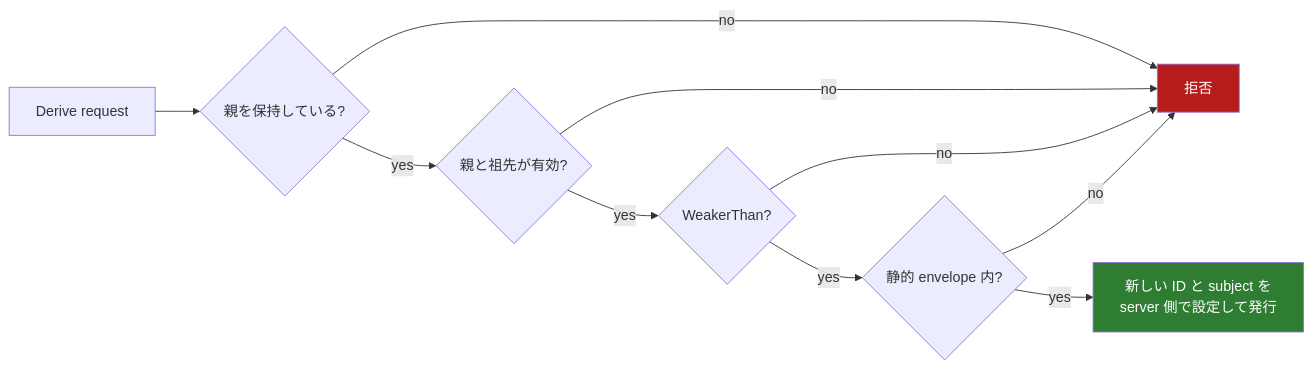
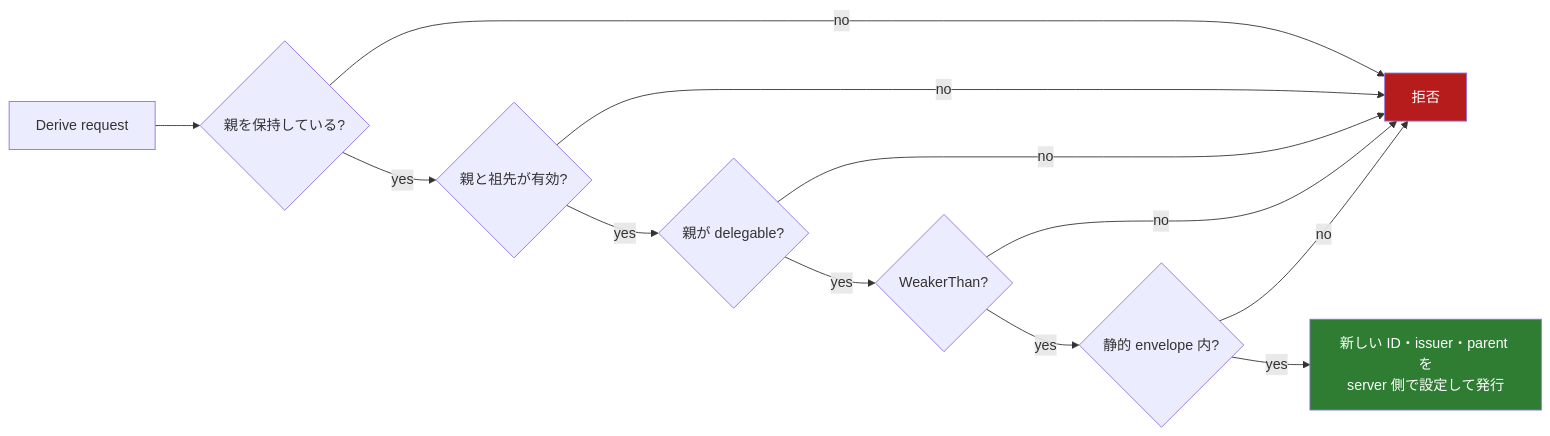
Before and after one commit to Aqua-218/SecCamp-AIAgent: the second of 3 diagrams in docs/design/state-and-revocation.md, drawn with Mermaid. The commit also changed other lines of this file and 9 other files, not shown here.

````diff
--- a/docs/design/state-and-revocation.md
+++ b/docs/design/state-and-revocation.md
@@ -50,17 +50,19 @@
 ```mermaid
 flowchart LR
     request["Derive request"] --> held{"親を保持している?"}
     held -->|"no"| deny["拒否"]
     held -->|"yes"| valid{"親と祖先が有効?"}
     valid -->|"no"| deny
-    valid -->|"yes"| weaker{"WeakerThan?"}
+    valid -->|"yes"| delegable{"親が delegable?"}
+    delegable -->|"no"| deny
+    delegable -->|"yes"| weaker{"WeakerThan?"}
     weaker -->|"no"| deny
     weaker -->|"yes"| envelope{"静的 envelope 内?"}
     envelope -->|"no"| deny
-    envelope -->|"yes"| issue["新しい ID と subject を<br/>server 側で設定して発行"]
+    envelope -->|"yes"| issue["新しい ID・issuer・parent を<br/>server 側で設定して発行"]
 
     classDef denied fill:#b71c1c,color:#fff;
     classDef issued fill:#2e7d32,color:#fff;
     class deny denied;
     class issue issued;
 ```
````
